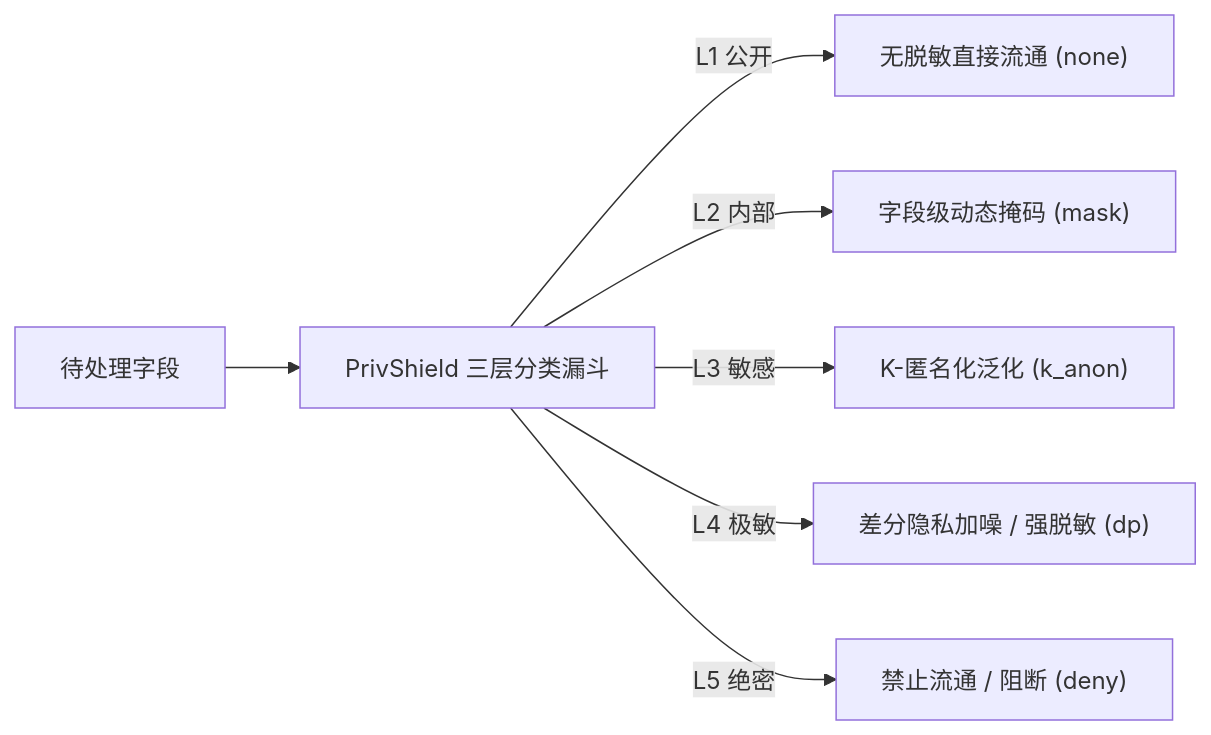
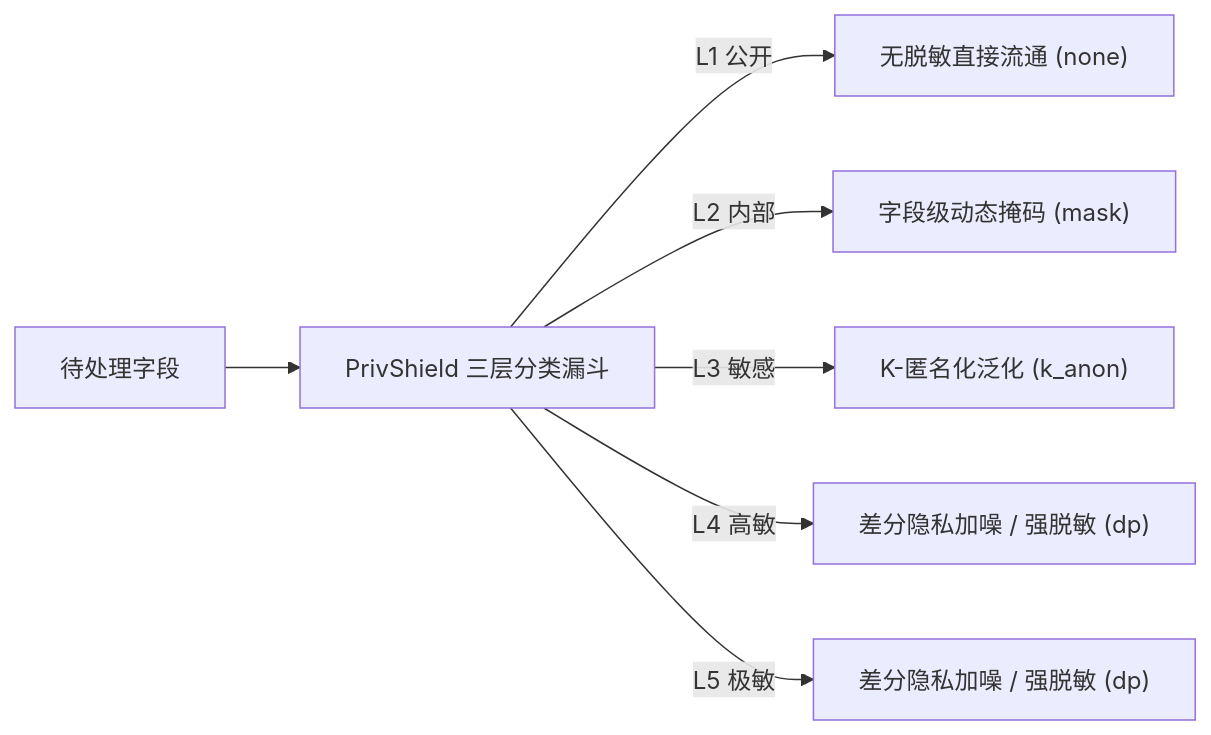
The second of 4 diagrams in services/service-hub/docs/learning-guide.md (fengzhizi319/PrivShield-go), drawn with Mermaid before and after one commit. The commit also changed other lines of this file and 68 other files, not shown here.

````diff
--- a/services/service-hub/docs/learning-guide.md
+++ b/services/service-hub/docs/learning-guide.md
@@ -132,9 +132,9 @@
 ```mermaid
 graph LR
     Input[待处理字段] --> Funnel[PrivShield 三层分类漏斗]
     Funnel -->|L1 公开| OpNone["无脱敏直接流通 (none)"]
     Funnel -->|L2 内部| OpMask["字段级动态掩码 (mask)"]
     Funnel -->|L3 敏感| OpKAnon["K-匿名化泛化 (k_anon)"]
-    Funnel -->|L4 极敏| OpDP["差分隐私加噪 / 强脱敏 (dp)"]
-    Funnel -->|L5 绝密| OpDeny["禁止流通 / 阻断 (deny)"]
+    Funnel -->|L4 高敏| OpDP4["差分隐私加噪 / 强脱敏 (dp)"]
+    Funnel -->|L5 极敏| OpDP5["差分隐私加噪 / 强脱敏 (dp)"]
 ```
````
